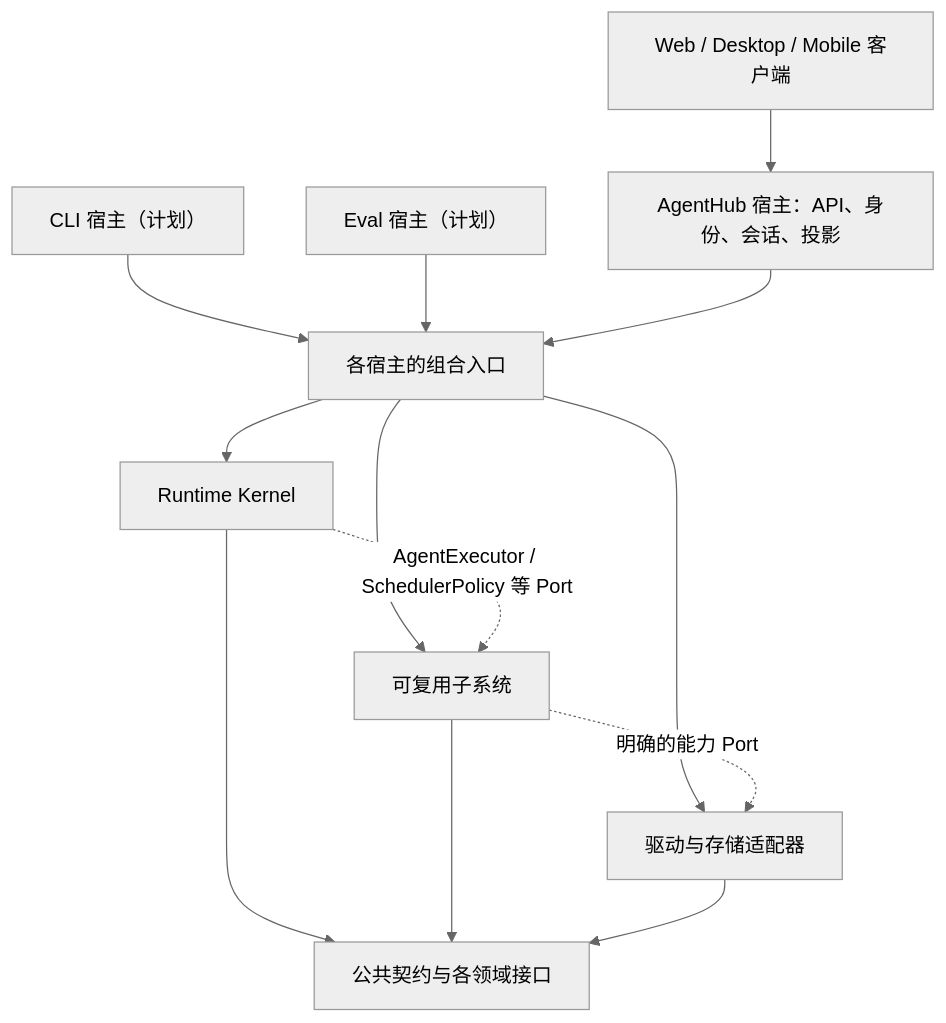
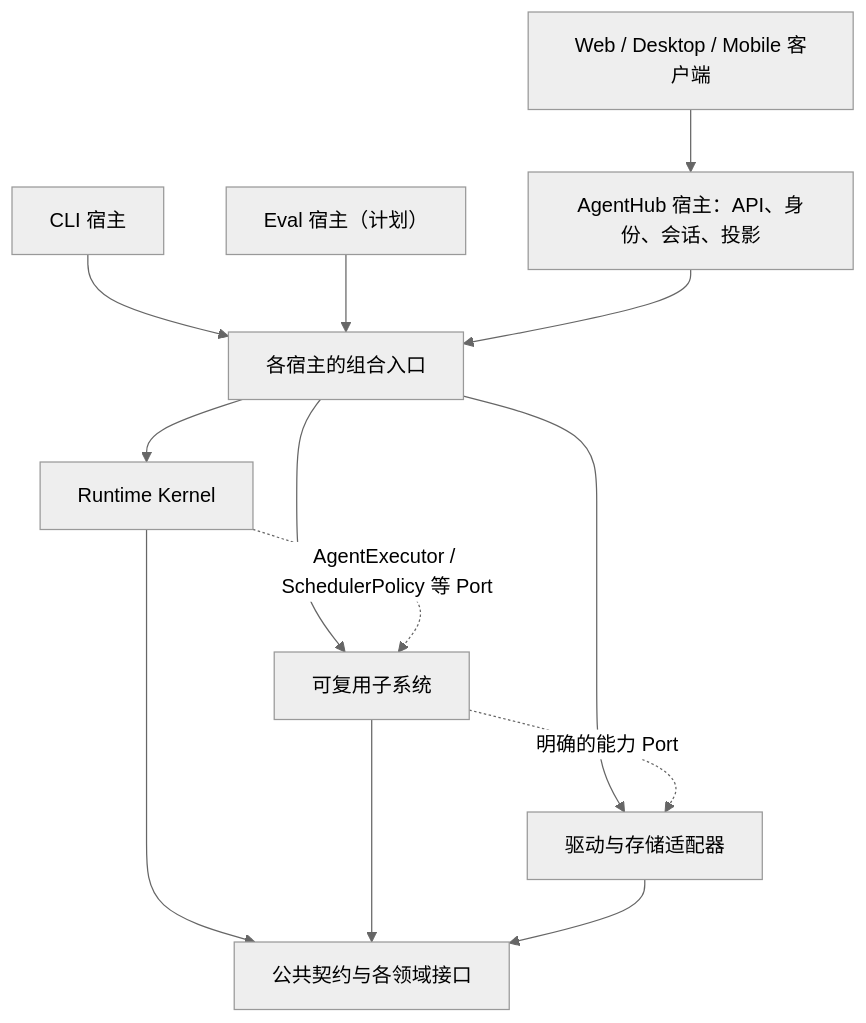
One commit to Haiyang-Bian/bottled-water changed the diagram in docs/architecture/README.md. Above: the diagram before and after it, drawn with Mermaid (neutral theme). The commit also changed other lines of this file and 33 other files, not shown here.

````diff
--- a/docs/architecture/README.md
+++ b/docs/architecture/README.md
@@ -40,15 +40,15 @@
 ```mermaid
 flowchart TB
     UI["Web / Desktop / Mobile 客户端"] --> WEB["AgentHub 宿主：API、身份、会话、投影"]
-    CLI["CLI 宿主（计划）"] --> COMPOSE["各宿主的组合入口"]
+    CLI["CLI 宿主"] --> COMPOSE["各宿主的组合入口"]
     EVAL["Eval 宿主（计划）"] --> COMPOSE
     WEB --> COMPOSE
     COMPOSE --> K["Runtime Kernel"]
     COMPOSE --> S["可复用子系统"]
     COMPOSE --> D["驱动与存储适配器"]
     K -. "AgentExecutor / SchedulerPolicy 等 Port" .-> S
     S -. "明确的能力 Port" .-> D
     K --> C["公共契约与各领域接口"]
     S --> C
     D --> C
 ```
````
